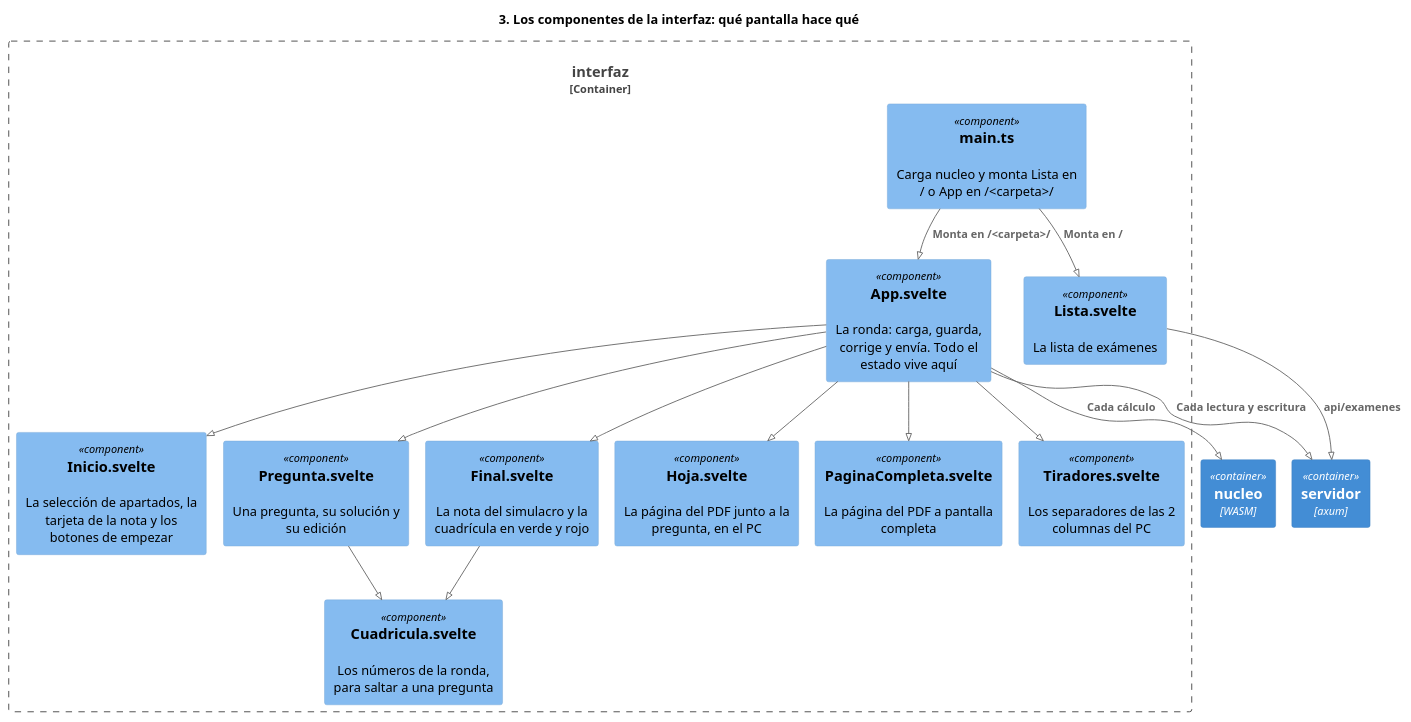
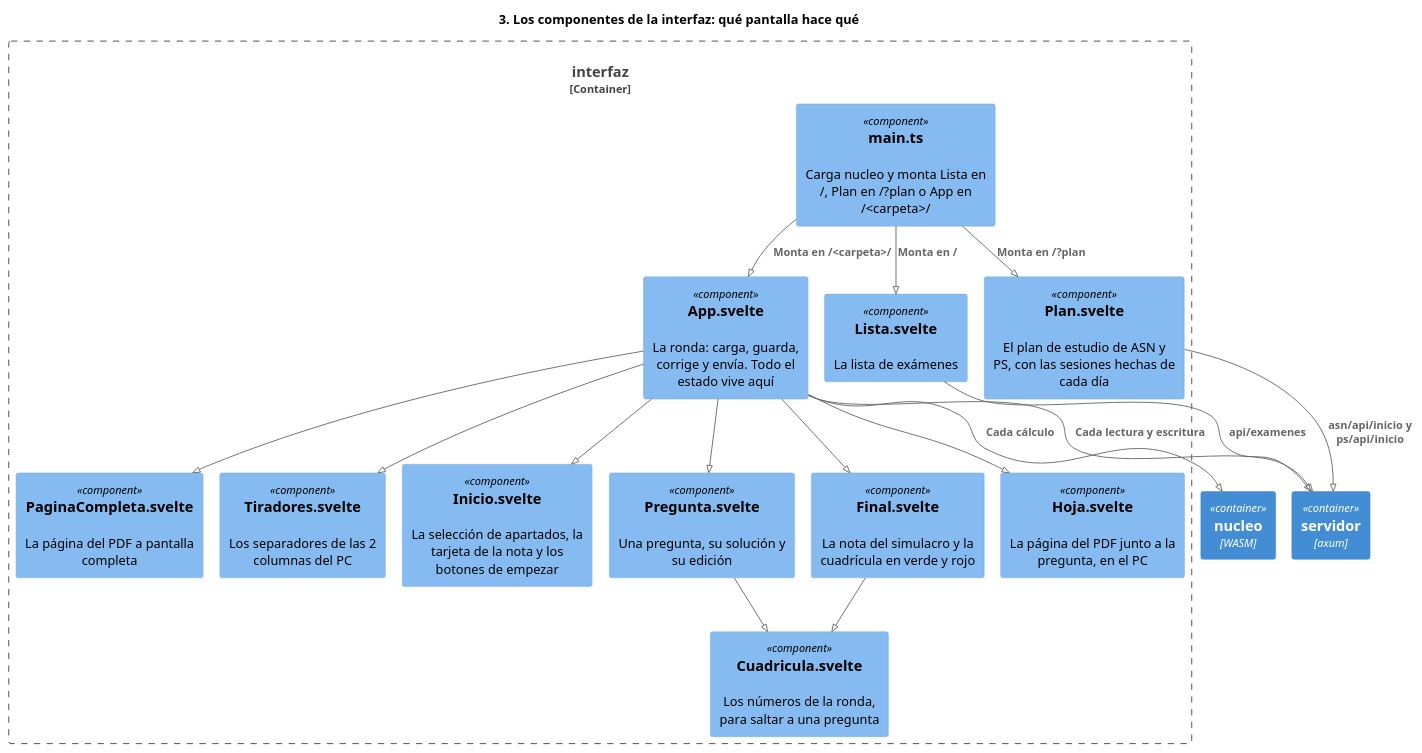
Before and after one commit to jfdg01/examenes: the diagram in docs/diagramas/3-interfaz.puml, drawn with PlantUML. The commit also changed 5 other files, not shown here.

First line of the commit message:
feat: la pantalla del plan de estudio, con las sesiones hechas

```diff
--- a/docs/diagramas/3-interfaz.puml
+++ b/docs/diagramas/3-interfaz.puml
@@ -1,35 +1,38 @@
 @startuml 3-interfaz
 !pragma layout smetana
 !include <C4/C4_Component>
 title 3. Los componentes de la interfaz: qué pantalla hace qué
 
 Container(servidor, "servidor", "axum")
 Container(nucleo, "nucleo", "WASM")
 
 Container_Boundary(interfaz, "interfaz") {
-  Component(main, "main.ts", "", "Carga nucleo y monta Lista en / o App en /<carpeta>/")
+  Component(main, "main.ts", "", "Carga nucleo y monta Lista en /, Plan en /?plan o App en /<carpeta>/")
   Component(lista, "Lista.svelte", "", "La lista de exámenes")
+  Component(plan, "Plan.svelte", "", "El plan de estudio de ASN y PS, con las sesiones hechas de cada día")
   Component(app, "App.svelte", "", "La ronda: carga, guarda, corrige y envía. Todo el estado vive aquí")
   Component(inicio, "Inicio.svelte", "", "La selección de apartados, la tarjeta de la nota y los botones de empezar")
   Component(pregunta, "Pregunta.svelte", "", "Una pregunta, su solución y su edición")
   Component(final, "Final.svelte", "", "La nota del simulacro y la cuadrícula en verde y rojo")
   Component(cuadricula, "Cuadricula.svelte", "", "Los números de la ronda, para saltar a una pregunta")
   Component(hoja, "Hoja.svelte", "", "La página del PDF junto a la pregunta, en el PC")
   Component(pagina, "PaginaCompleta.svelte", "", "La página del PDF a pantalla completa")
   Component(tiradores, "Tiradores.svelte", "", "Los separadores de las 2 columnas del PC")
 }
 
 Rel(main, lista, "Monta en /")
 Rel(main, app, "Monta en /<carpeta>/")
 Rel(lista, servidor, "api/examenes")
+Rel(main, plan, "Monta en /?plan")
+Rel(plan, servidor, "asn/api/inicio y ps/api/inicio")
 Rel(app, inicio, "")
 Rel(app, pregunta, "")
 Rel(app, final, "")
 Rel(app, hoja, "")
 Rel(app, pagina, "")
 Rel(app, tiradores, "")
 Rel(pregunta, cuadricula, "")
 Rel(final, cuadricula, "")
 Rel(app, nucleo, "Cada cálculo")
 Rel(app, servidor, "Cada lectura y escritura")
 @enduml
```
